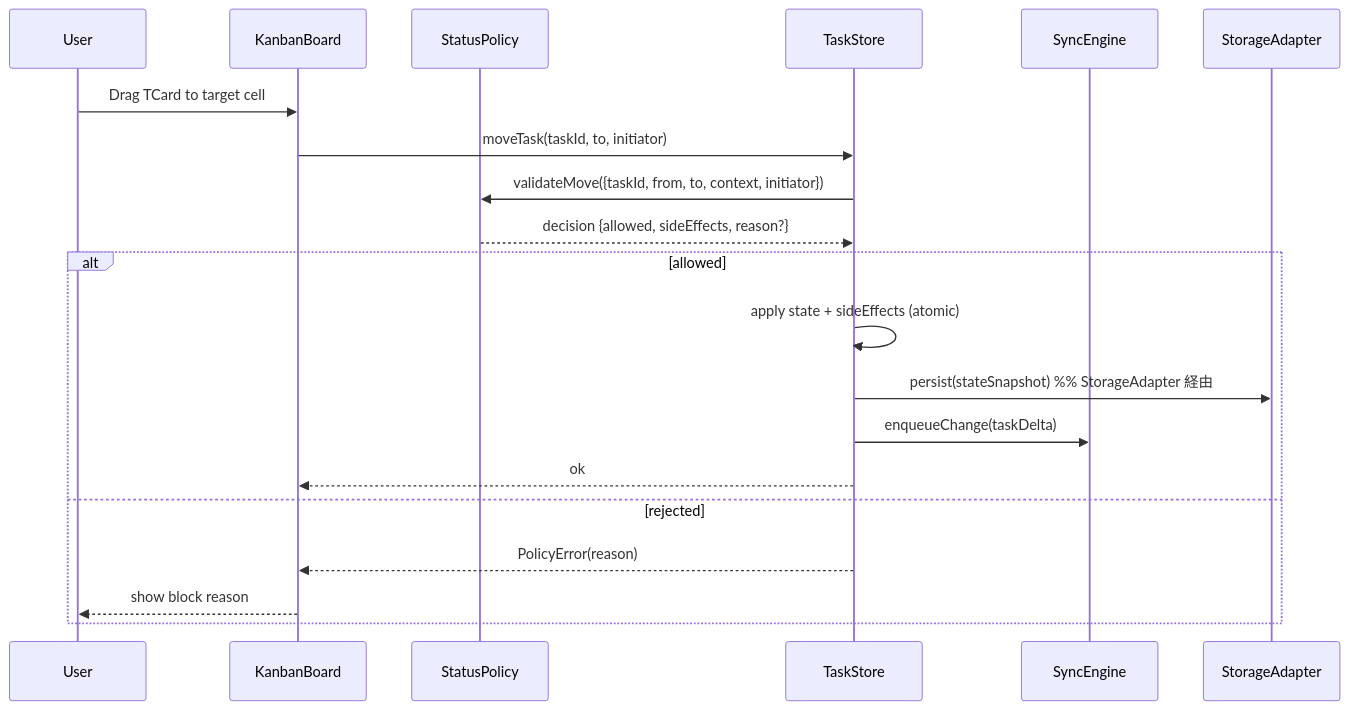
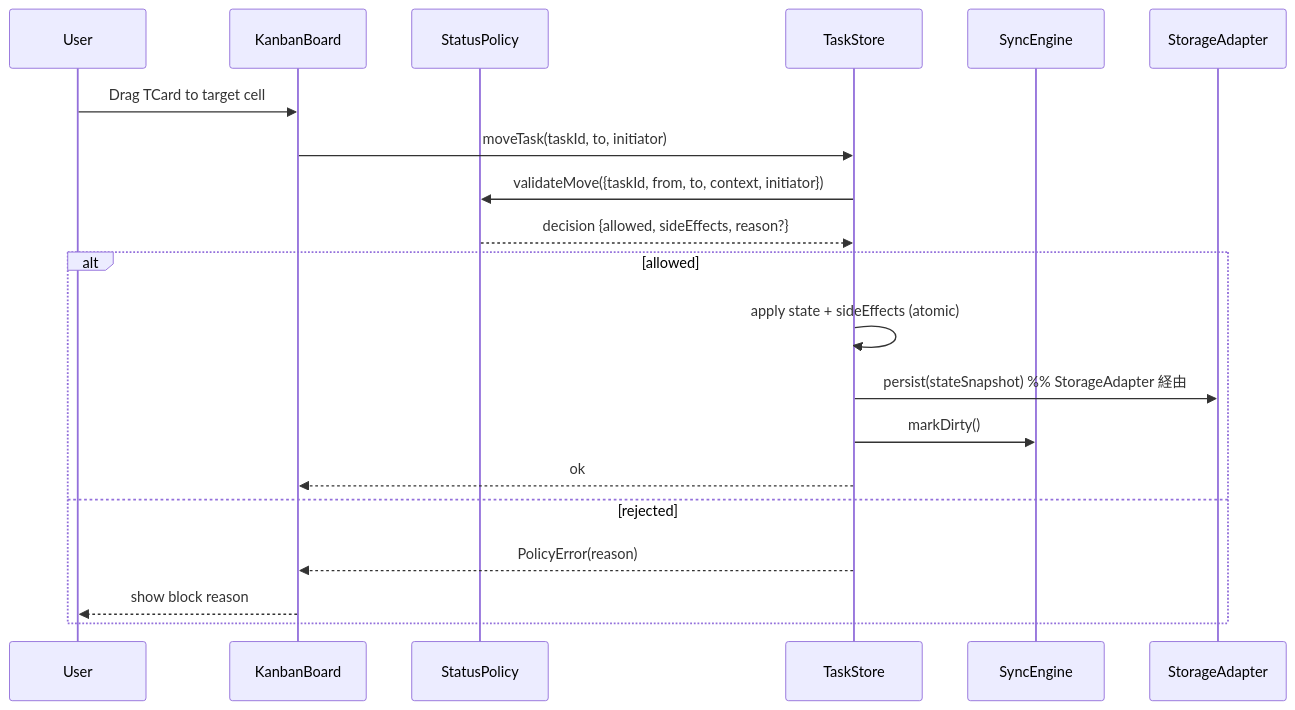
Before and after one commit to taturou/study_kanban: the second of 4 diagrams in .kiro/specs/learning-plan-kanban/design.md, drawn with Mermaid. The commit also changed other lines of this file and 1 other file, not shown here.

````diff
--- a/.kiro/specs/learning-plan-kanban/design.md
+++ b/.kiro/specs/learning-plan-kanban/design.md
@@ -109,22 +109,22 @@
 ```mermaid
 sequenceDiagram
   participant U as User
   participant KB as KanbanBoard
   participant SP as StatusPolicy
   participant TS as TaskStore
   participant SE as SyncEngine
   participant IDB as StorageAdapter
   U->>KB: Drag TCard to target cell
   KB->>TS: moveTask(taskId, to, initiator)
   TS->>SP: validateMove({taskId, from, to, context, initiator})
   SP-->>TS: decision {allowed, sideEffects, reason?}
   alt allowed
     TS->>TS: apply state + sideEffects (atomic)
     TS->>IDB: persist(stateSnapshot)  %% StorageAdapter 経由
-    TS->>SE: enqueueChange(taskDelta)
+    TS->>SE: markDirty()
     TS-->>KB: ok
   else rejected
     TS-->>KB: PolicyError(reason)
     KB-->>U: show block reason
   end
 ```
````
